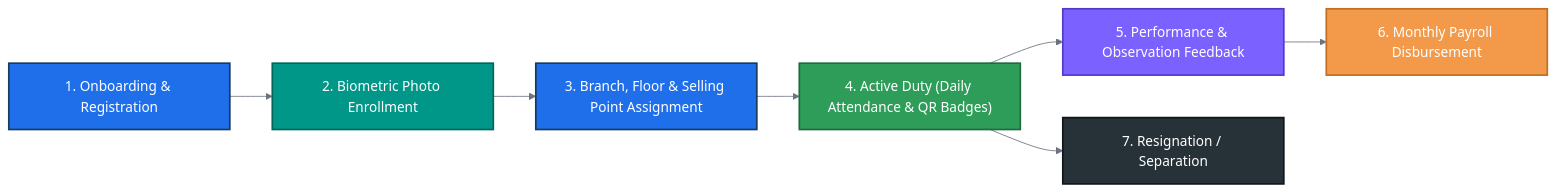
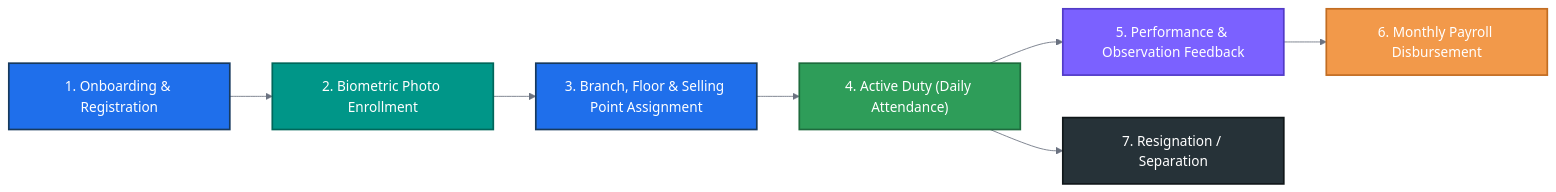
Before and after one commit to BSC-TEXTILES/BSC_Textiles_HRMS_Project: diagram 12 of 21 in README.md, drawn with Mermaid. The commit also changed other lines of this file and 118 other files, not shown here.

````diff
--- a/README.md
+++ b/README.md
@@ -842,17 +831,17 @@
 ```mermaid
 %%{init: {'theme': 'base', 'themeVariables': { 'primaryColor': '#1F6FEB', 'primaryTextColor': '#FFFFFF', 'primaryBorderColor': '#173A5E', 'lineColor': '#6B7280' }}}%%
 flowchart LR
     ONBOARD["1. Onboarding & Registration"]:::cBlue --> ENROLL["2. Biometric Photo Enrollment"]:::cTeal
     ENROLL --> ASSIGN["3. Branch, Floor & Selling Point Assignment"]:::cBlue
-    ASSIGN --> ACTIVE["4. Active Duty (Daily Attendance & QR Badges)"]:::cGreen
+    ASSIGN --> ACTIVE["4. Active Duty (Daily Attendance)"]:::cGreen
     ACTIVE --> PERF["5. Performance & Observation Feedback"]:::cPurple
     PERF --> PAY["6. Monthly Payroll Disbursement"]:::cOrange
     ACTIVE --> SEPARATION["7. Resignation / Separation"]:::cDark
 
     classDef cBlue fill:#1F6FEB,stroke:#173A5E,stroke-width:2px,color:#FFFFFF;
     classDef cGreen fill:#2E9D59,stroke:#1E6B3D,stroke-width:2px,color:#FFFFFF;
     classDef cOrange fill:#F2994A,stroke:#C26D22,stroke-width:2px,color:#FFFFFF;
     classDef cPurple fill:#7B61FF,stroke:#523BC7,stroke-width:2px,color:#FFFFFF;
     classDef cTeal fill:#009688,stroke:#00675B,stroke-width:2px,color:#FFFFFF;
     classDef cDark fill:#263238,stroke:#10171A,stroke-width:2px,color:#FFFFFF;
 ```
````
